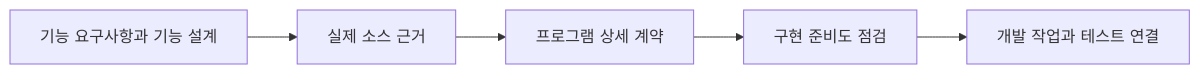
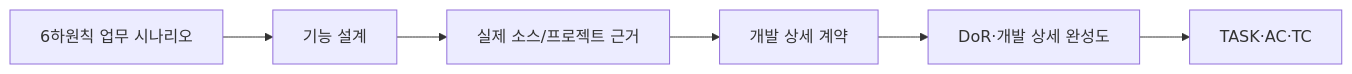
Before and after one commit to Seunghyun0606/SDLC_DDD_SDD: the diagram in sdlc/templates/core/program-spec.md, drawn with Mermaid. The commit also changed other lines of this file, not shown here.

````diff
--- a/sdlc/templates/core/program-spec.md
+++ b/sdlc/templates/core/program-spec.md
@@ -26,4 +26,4 @@
 ```mermaid
 flowchart LR
-    F["기능 요구사항과 기능 설계"] --> E["실제 소스 근거"] --> P["프로그램 상세 계약"] --> D["구현 준비도 점검"] --> T["개발 작업과 테스트 연결"]
+    S["6하원칙 업무 시나리오"] --> F["기능 설계"] --> E["실제 소스/프로젝트 근거"] --> P["개발 상세 계약"] --> D["DoR·개발 상세 완성도"] --> T["TASK·AC·TC"]
 ```
````
